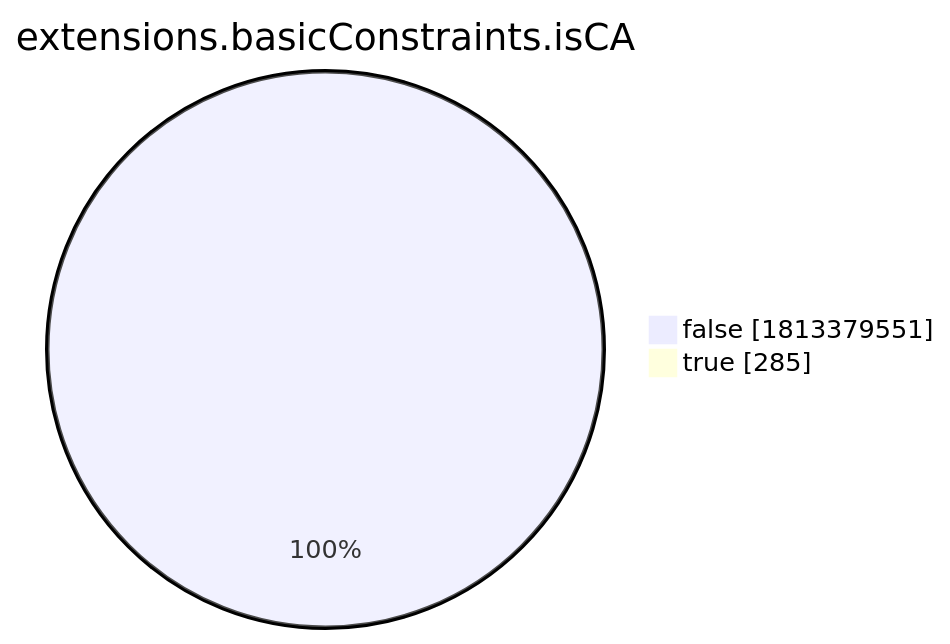
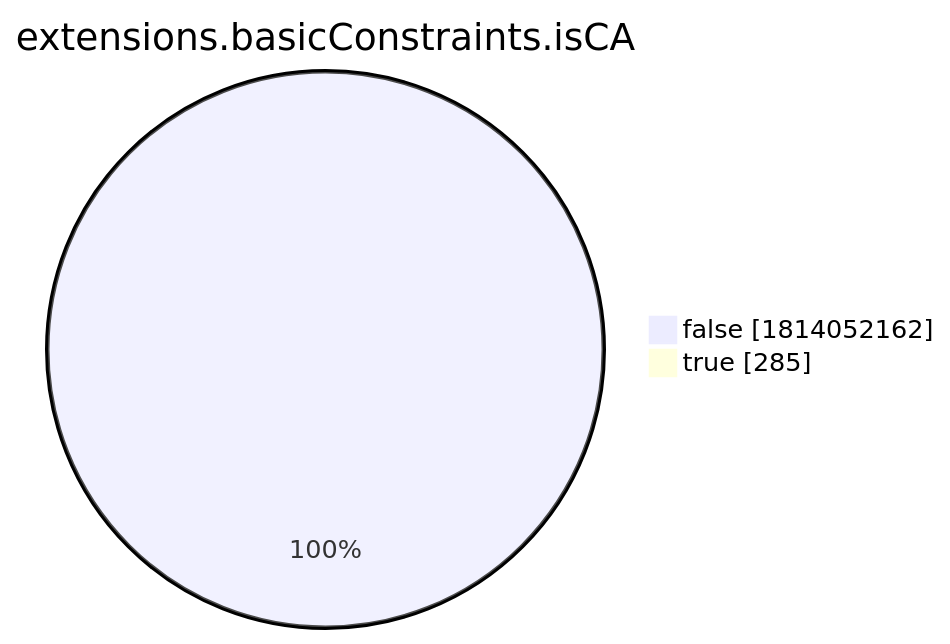
The eighth of 15 diagrams in xenon2022/README.md (christiankrug/ctmonitor_visualization), drawn with Mermaid before and after one commit. The commit also changed other lines of this file, not shown here.

````diff
--- a/xenon2022/README.md
+++ b/xenon2022/README.md
@@ -2868,6 +2868,6 @@
 ```mermaid
 pie showData
 title extensions.basicConstraints.isCA
-"false" :1813379551
+"false" :1814052162
 "true" :285
 ```
````
